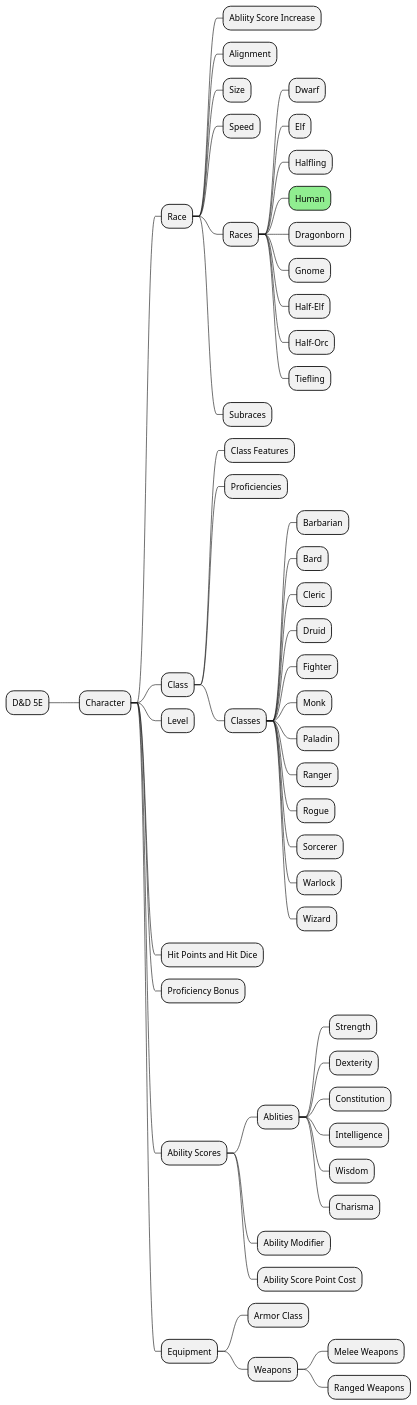
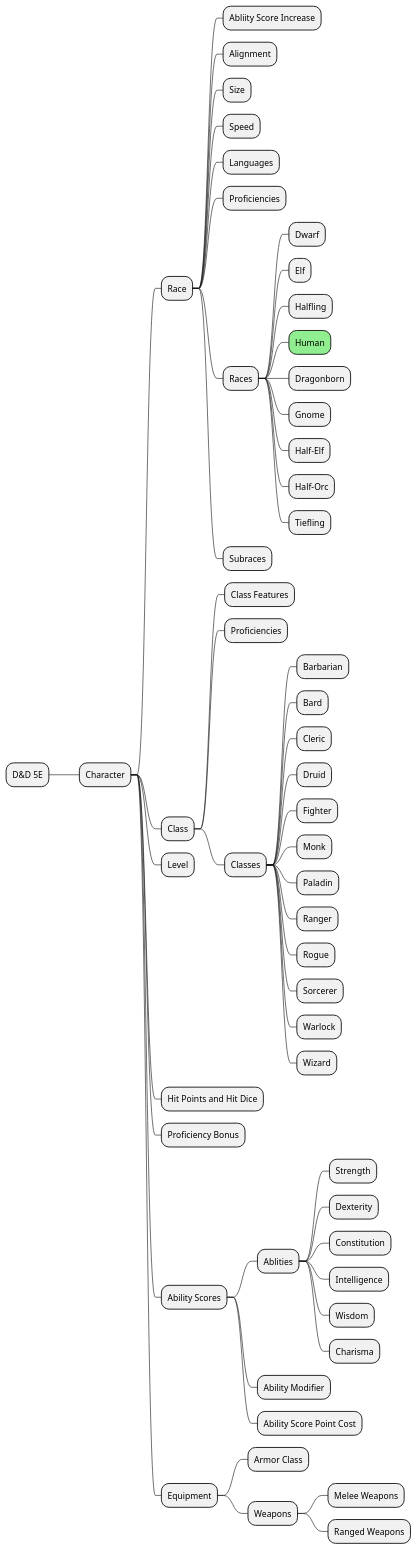
One commit to stlh/wdbeditor changed the diagram in STLH_PROJECTS/Net.Zxnn.Dnd/roadmap.puml. Above: the diagram before and after it, drawn with PlantUML. The commit also changed 17 other files, not shown here.

```diff
--- a/STLH_PROJECTS/Net.Zxnn.Dnd/roadmap.puml
+++ b/STLH_PROJECTS/Net.Zxnn.Dnd/roadmap.puml
@@ -1,56 +1,58 @@
 @startmindmap Map
 * D&D 5E
  * Character
   * Race
    * Abliity Score Increase
    * Alignment
    * Size
    * Speed
+   * Languages
+   * Proficiencies
    * Races
     * Dwarf
     * Elf
     * Halfling
     *[#LightGreen] Human
     * Dragonborn
     * Gnome
     * Half-Elf
     * Half-Orc
     * Tiefling
    * Subraces
   * Class
    * Class Features
    * Proficiencies
    * Classes
     * Barbarian
     * Bard
     * Cleric
     * Druid
     * Fighter
     * Monk
     * Paladin
     * Ranger
     * Rogue
     * Sorcerer
     * Warlock
     * Wizard
   * Level
   * Hit Points and Hit Dice
   * Proficiency Bonus
   * Ability Scores
    * Ablities
     * Strength
     * Dexterity
     * Constitution
     * Intelligence
     * Wisdom
     * Charisma
    * Ability Modifier
    * Ability Score Point Cost
   * Equipment
    * Armor Class
    * Weapons
     * Melee Weapons
     * Ranged Weapons
 
 
 @end
```
